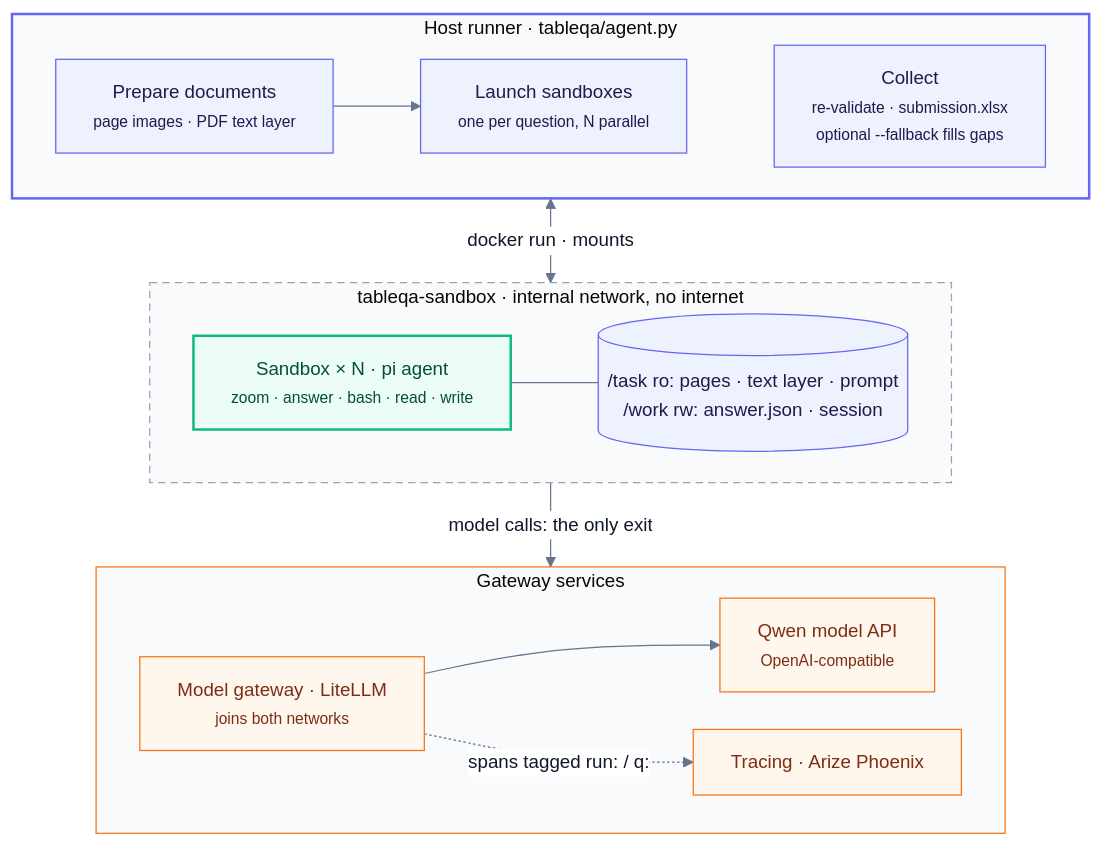
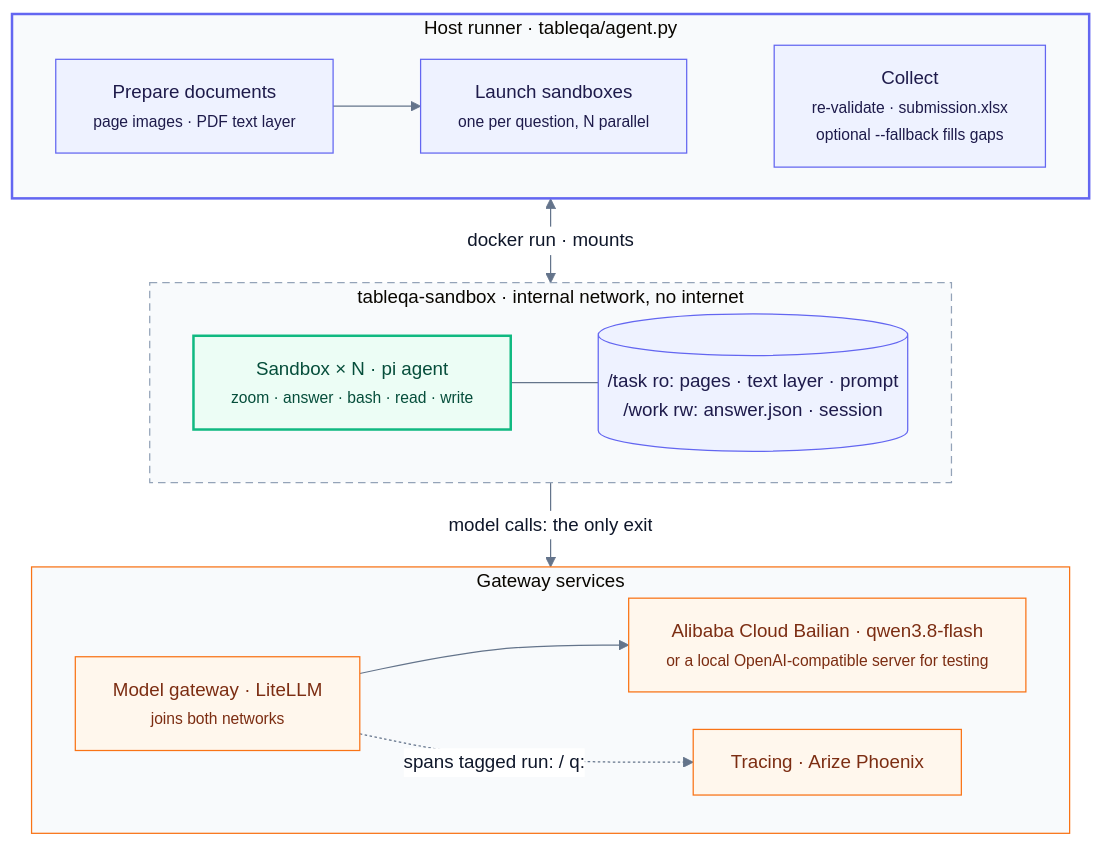
One commit to eric15342335/AIFep-FDU.github.io changed the diagram in docs/diagrams/architecture.mmd. Above: the diagram before and after it, drawn with Mermaid. The commit also changed 5 other files, not shown here.

Commit message:
Docs: Bailian as the production target, local servers for testing, latest results

```diff
--- a/docs/diagrams/architecture.mmd
+++ b/docs/diagrams/architecture.mmd
@@ -1,41 +1,41 @@
 %%{init: {"theme": "base", "themeVariables": {"fontSize": "15px", "lineColor": "#64748b", "primaryTextColor": "#0f172a", "edgeLabelBackground": "#ffffff"}, "flowchart": {"nodeSpacing": 30, "rankSpacing": 45, "wrappingWidth": 280}}}%%
 %% Components and trust boundaries of the agentic harness.
 %% Edges between subgraphs (not their nodes) keep each subgraph's own direction.
 flowchart TB
     subgraph HOST["Host runner · tableqa/agent.py"]
         direction LR
         prep["Prepare documents<br/><small>page images · PDF text layer</small>"]
         launch["Launch sandboxes<br/><small>one per question, N parallel</small>"]
         collect["Collect<br/><small>re-validate · submission.xlsx</small><br/><small>optional --fallback fills gaps</small>"]
         prep --> launch ~~~ collect
     end
 
     subgraph NET["tableqa-sandbox · internal network, no internet"]
         direction LR
         agent["Sandbox × N · pi agent<br/><small>zoom · answer · bash · read · write</small>"]
         files[("/task ro: pages · text layer · prompt<br/>/work rw: answer.json · session")]
         agent --- files
     end
 
     subgraph SVC["Gateway services"]
         direction LR
         gw["Model gateway · LiteLLM<br/><small>joins both networks</small>"]
-        model["Qwen model API<br/><small>OpenAI-compatible</small>"]
+        model["Alibaba Cloud Bailian · qwen3.8-flash<br/><small>or a local OpenAI-compatible server for testing</small>"]
         trace["Tracing · Arize Phoenix"]
         gw --> model
         gw -. "spans tagged run: / q:" .-> trace
     end
 
     HOST <-->|"docker run · mounts"| NET
     NET -- "model calls: the only exit" --> SVC
 
     classDef host fill:#eef2ff,stroke:#6366f1,color:#1e1b4b
     classDef box fill:#ecfdf5,stroke:#10b981,color:#064e3b,stroke-width:2px
     classDef ext fill:#fff7ed,stroke:#f97316,color:#7c2d12
     class prep,launch,collect host
     class agent box
     class files host
     class gw,model,trace ext
     style HOST fill:#f8fafc,stroke:#6366f1,stroke-width:2px
     style NET fill:#f8fafc,stroke:#94a3b8,stroke-dasharray:6 4
     style SVC fill:#f8fafc,stroke:#f97316
```
